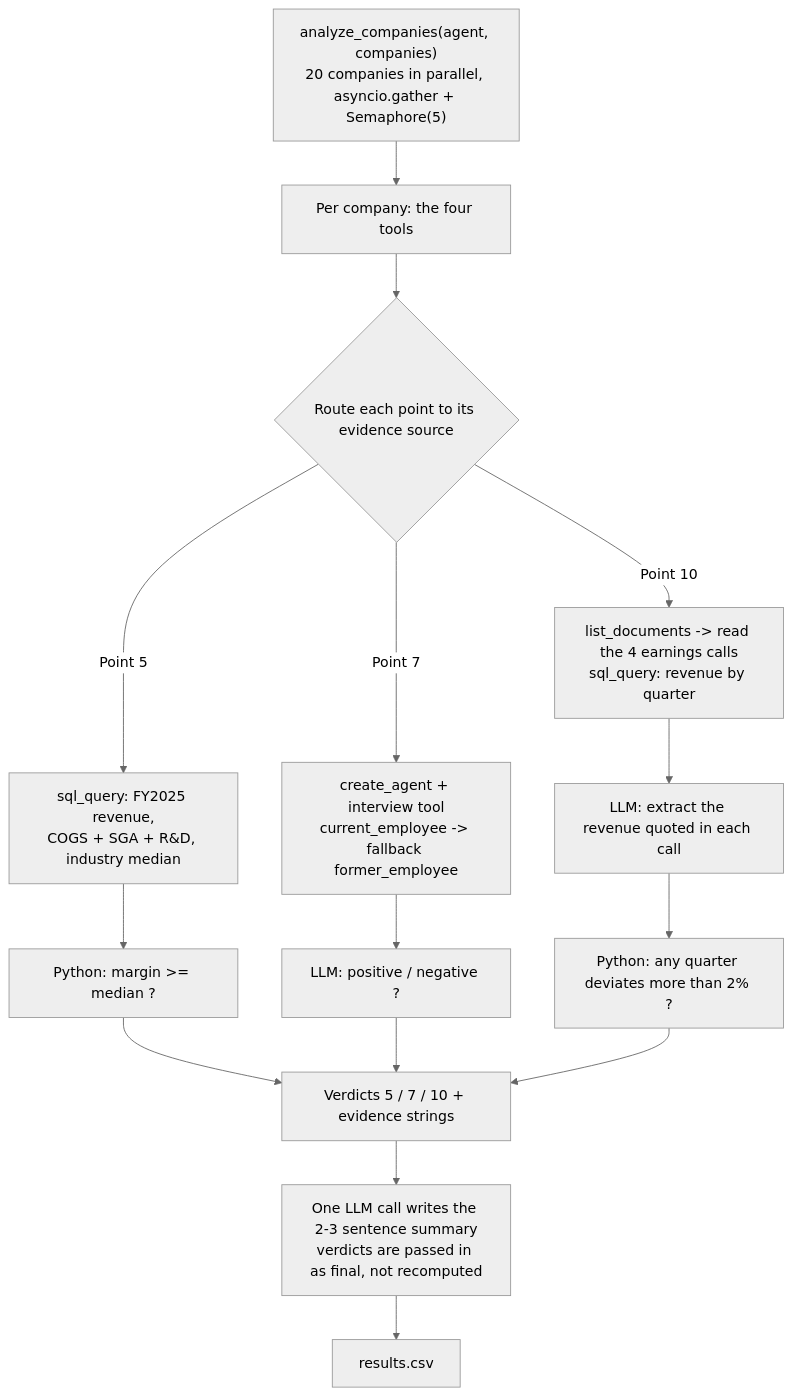
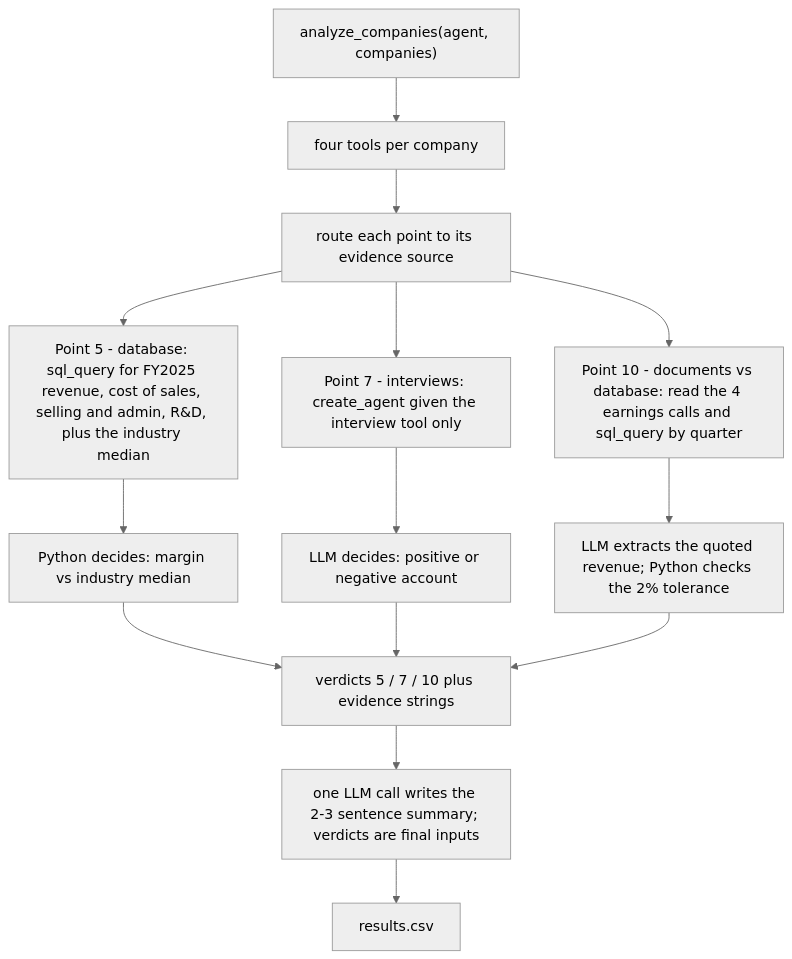
One commit to Lixinzhang0404/FTEC5660-HW3 changed the diagram in README.md. Above: the diagram before and after it, drawn with Mermaid (neutral theme).

````diff
--- a/README.md
+++ b/README.md
@@ -206,17 +206,17 @@
 ```mermaid
-flowchart TD
-    A["analyze_companies(agent, companies)<br/>20 companies in parallel, asyncio.gather + Semaphore(5)"] --> B["Per company: the four tools"]
-    B --> C{"Route each point to its evidence source"}
-    C -->|"Point 5"| D["sql_query: FY2025 revenue,<br/>COGS + SGA + R&amp;D, industry median"]
-    D --> D1["Python: margin >= median ?"]
-    C -->|"Point 7"| E["create_agent + interview tool<br/>current_employee -> fallback former_employee"]
-    E --> E1["LLM: positive / negative ?"]
-    C -->|"Point 10"| F["list_documents -> read the 4 earnings calls<br/>sql_query: revenue by quarter"]
-    F --> F1["LLM: extract the revenue quoted in each call"]
-    F1 --> F2["Python: any quarter deviates more than 2% ?"]
-    D1 --> G["Verdicts 5 / 7 / 10 + evidence strings"]
-    E1 --> G
+flowchart TB
+    A["analyze_companies(agent, companies)"]
+    A --> B["four tools per company"]
+    B --> R["route each point to its evidence source"]
+    R --> D1["Point 5 - database: sql_query for FY2025 revenue, cost of sales, selling and admin, R&D, plus the industry median"]
+    R --> E1["Point 7 - interviews: create_agent given the interview tool only"]
+    R --> F1["Point 10 - documents vs database: read the 4 earnings calls and sql_query by quarter"]
+    D1 --> D2["Python decides: margin vs industry median"]
+    E1 --> E2["LLM decides: positive or negative account"]
+    F1 --> F2["LLM extracts the quoted revenue; Python checks the 2% tolerance"]
+    D2 --> G["verdicts 5 / 7 / 10 plus evidence strings"]
+    E2 --> G
     F2 --> G
-    G --> H["One LLM call writes the 2-3 sentence summary<br/>verdicts are passed in as final, not recomputed"]
+    G --> H["one LLM call writes the 2-3 sentence summary; verdicts are final inputs"]
     H --> I["results.csv"]
 ```
````
